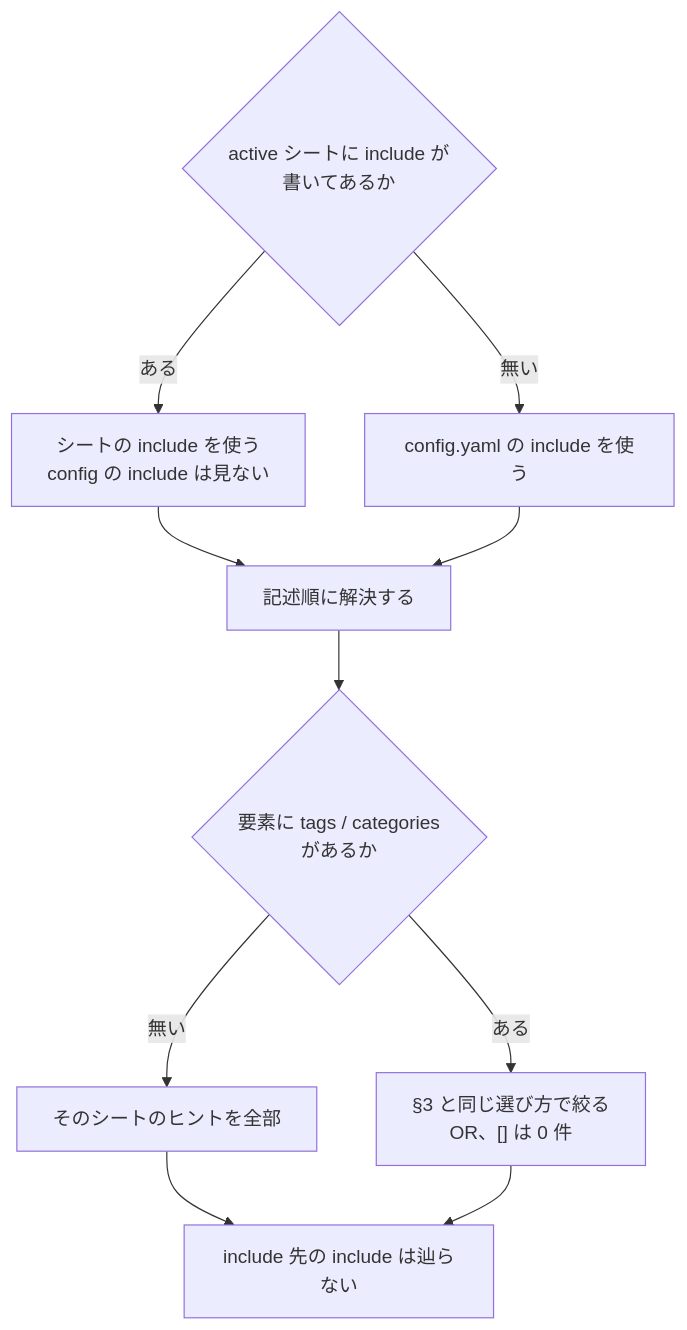
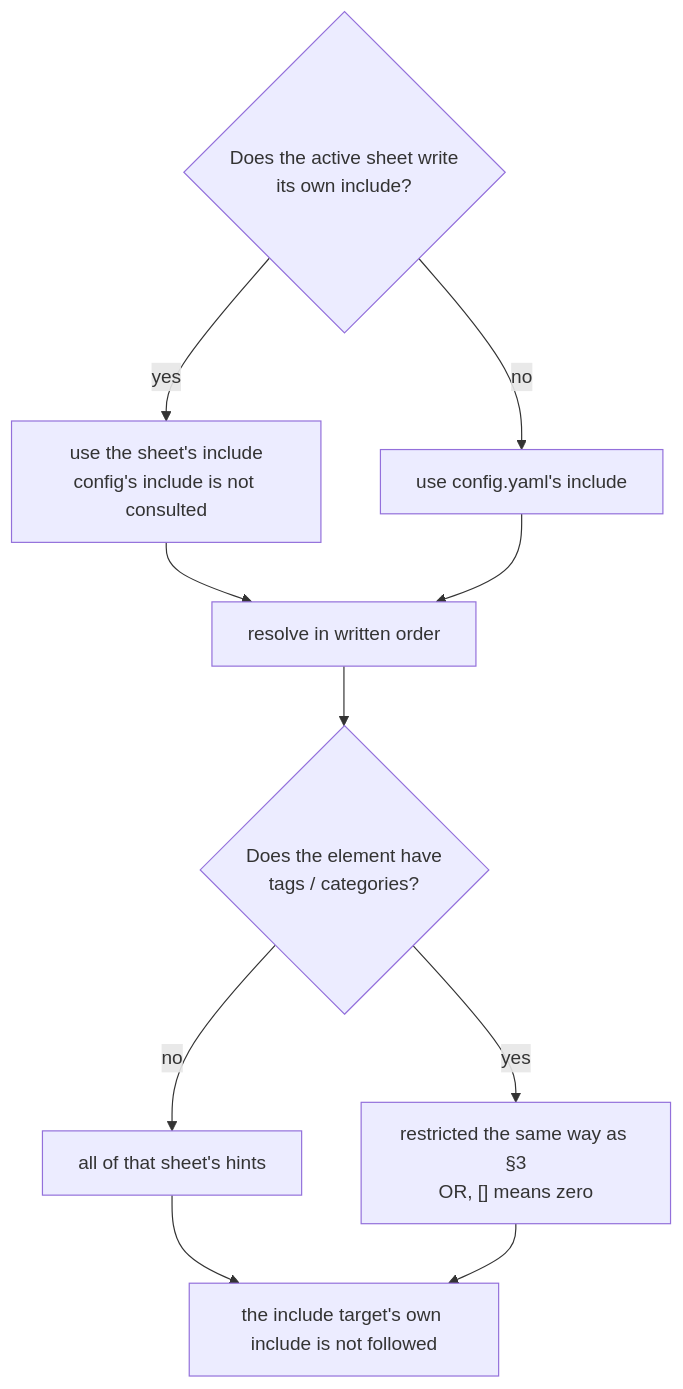
One commit to yasuoeto/wayhint changed the fifth of 5 diagrams in docs/SHEETS.md. Above: the diagram before and after it, drawn with Mermaid. The commit also changed other lines of this file and 23 other files, not shown here.

````diff
--- a/docs/SHEETS.md
+++ b/docs/SHEETS.md
@@ -120,12 +139,12 @@
 ```mermaid
 flowchart TD
-    A{active シートに include が<br/>書いてあるか} -- ある --> B[シートの include を使う<br/>config の include は見ない]
-    A -- 無い --> C[config.yaml の include を使う]
-    B --> D[記述順に解決する]
+    A{Does the active sheet write<br/>its own include?} -- yes --> B[use the sheet's include<br/>config's include is not consulted]
+    A -- no --> C[use config.yaml's include]
+    B --> D[resolve in written order]
     C --> D
-    D --> F{要素に tags / categories<br/>があるか}
-    F -- 無い --> G[そのシートのヒントを全部]
-    F -- ある --> H["§3 と同じ選び方で絞る<br/>OR、[] は 0 件"]
-    G --> E[include 先の include は辿らない]
+    D --> F{Does the element have<br/>tags / categories?}
+    F -- no --> G[all of that sheet's hints]
+    F -- yes --> H["restricted the same way as §3<br/>OR, [] means zero"]
+    G --> E[the include target's own include is not followed]
     H --> E
 ```
````
